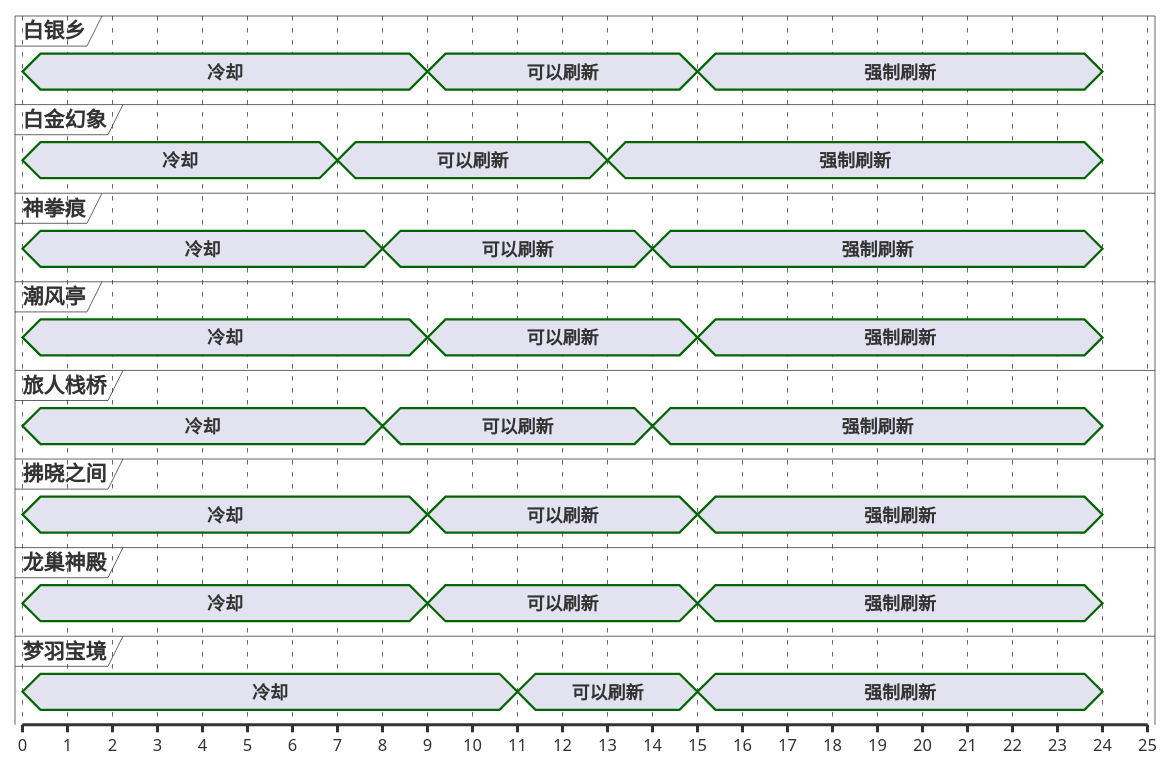
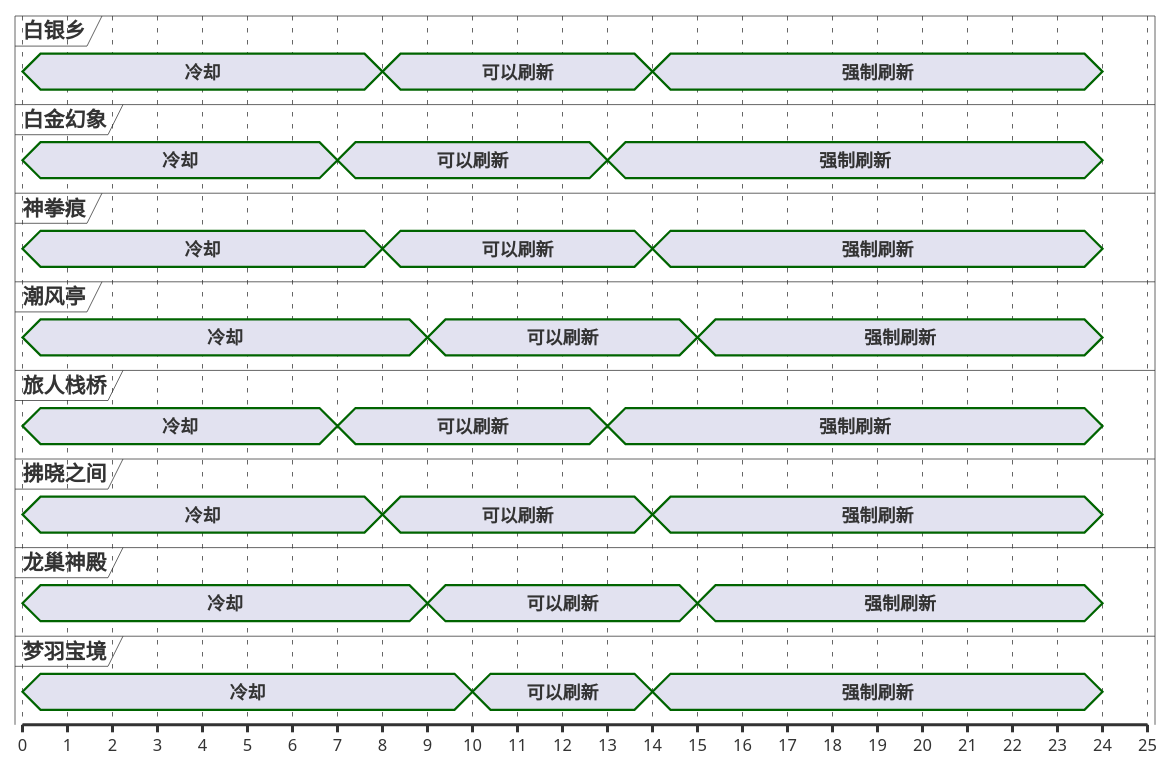
One commit to Eroleice/doc-pi changed the second of 13 diagrams in ffxiv/hunt/2.0/Minhocao.md. Above: the diagram before and after it, drawn with PlantUML. The commit also changed other lines of this file and 38 other files, not shown here.

````diff
--- a/ffxiv/hunt/2.0/Minhocao.md
+++ b/ffxiv/hunt/2.0/Minhocao.md
@@ -99,63 +99,63 @@
 ```plantuml
 @startuml
 scale 1 as 30 pixels
 
 concise 白银乡
 concise 白金幻象
 concise 神拳痕
 concise 潮风亭
 concise 旅人栈桥
 concise 拂晓之间
 concise 龙巢神殿
 concise 梦羽宝境
 
 @白金幻象
 0 is 冷却
 7 is 可以刷新
 13 is 强制刷新
 24 is {hidden}
 
 @旅人栈桥
 0 is 冷却
-8 is 可以刷新
-14 is 强制刷新
+7 is 可以刷新
+13 is 强制刷新
 24 is {hidden}
 
 @神拳痕
 0 is 冷却
 8 is 可以刷新
 14 is 强制刷新
 24 is {hidden}
 
 @梦羽宝境
 0 is 冷却
-11 is 可以刷新
-15 is 强制刷新
+10 is 可以刷新
+14 is 强制刷新
 24 is {hidden}
 
 @拂晓之间
 0 is 冷却
-9 is 可以刷新
-15 is 强制刷新
+8 is 可以刷新
+14 is 强制刷新
 24 is {hidden}
 
 @白银乡
 0 is 冷却
-9 is 可以刷新
-15 is 强制刷新
+8 is 可以刷新
+14 is 强制刷新
 24 is {hidden}
 
 @潮风亭
 0 is 冷却
 9 is 可以刷新
 15 is 强制刷新
 24 is {hidden}
 
 @龙巢神殿
 0 is 冷却
 9 is 可以刷新
 15 is 强制刷新
 24 is {hidden}
 
 @enduml
 ```
````
